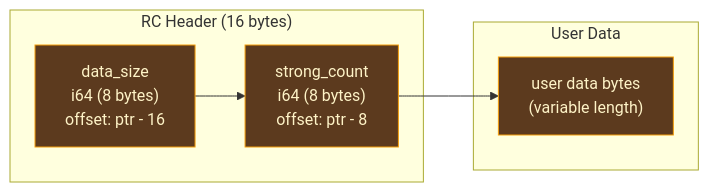
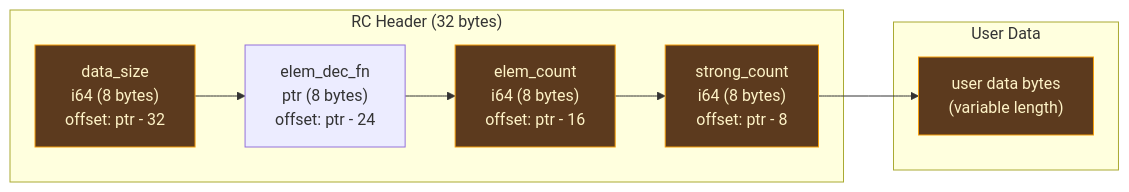
The diagram in docs/compiler/design/11-runtime/reference-counting.md (upstat-io/ori-lang), drawn with Mermaid before and after one commit. The commit also changed other lines of this file and 24 other files, not shown here.

````diff
--- a/docs/compiler/design/11-runtime/reference-counting.md
+++ b/docs/compiler/design/11-runtime/reference-counting.md
@@ -30,21 +30,27 @@
 ```mermaid
 flowchart LR
-    subgraph Header ["RC Header (16 bytes)"]
+    subgraph Header ["RC Header (32 bytes)"]
         DS["data_size
+        i64 (8 bytes)
+        offset: ptr - 32"]
+        ED["elem_dec_fn
+        ptr (8 bytes)
+        offset: ptr - 24"]
+        EC["elem_count
         i64 (8 bytes)
         offset: ptr - 16"]
         SC["strong_count
         i64 (8 bytes)
         offset: ptr - 8"]
     end
 
     subgraph Data ["User Data"]
         UD["user data bytes
         (variable length)"]
     end
 
-    DS --> SC --> UD
+    DS --> ED --> EC --> SC --> UD
 
     classDef native fill:#5c3a1e,stroke:#f59e0b,color:#fef3c7
-    class DS,SC,UD native
+    class DS,EC,SC,UD native
 ```
````
